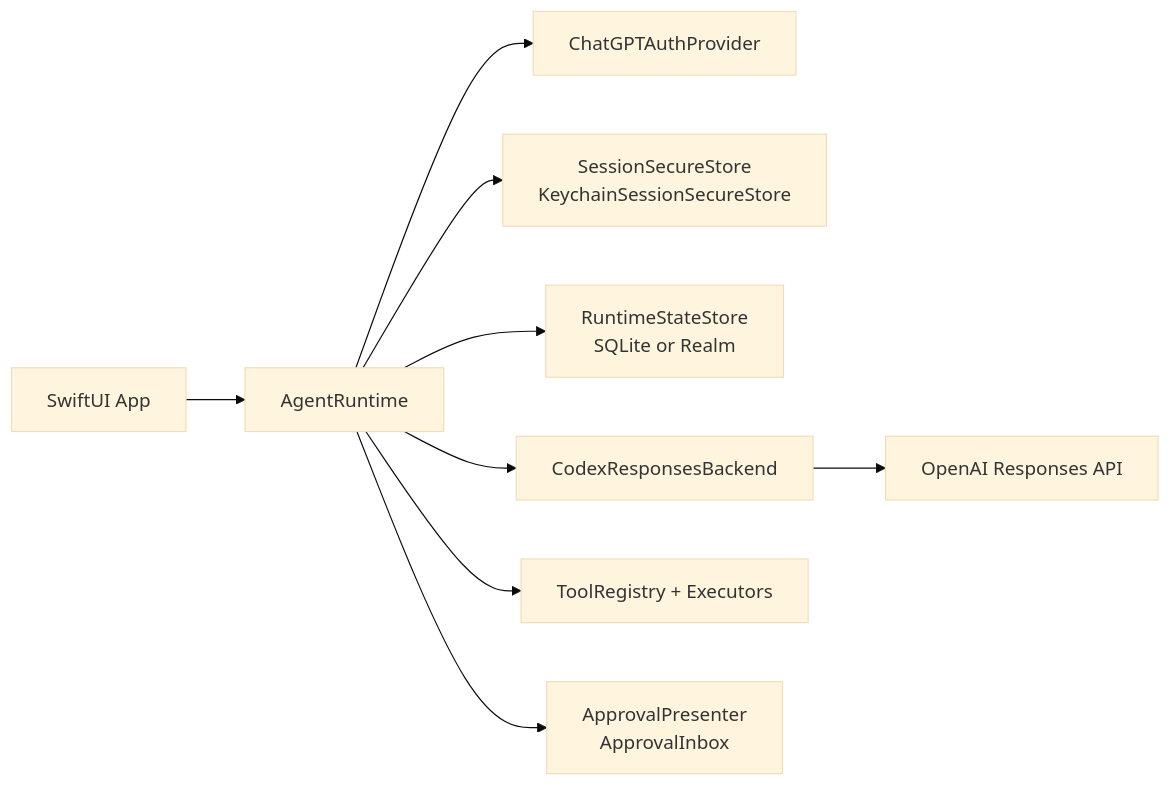
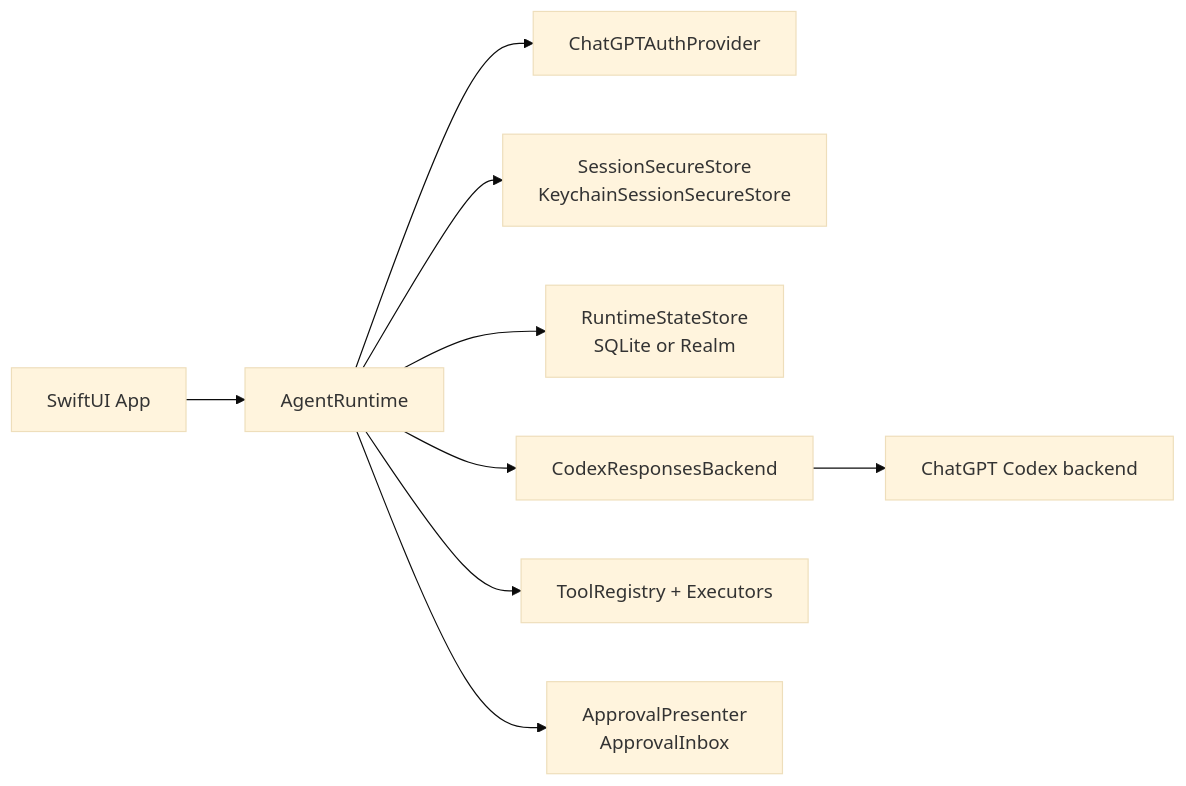
One commit to timazed/CodexKit changed the diagram in docs/index.md. Above: the diagram before and after it, drawn with Mermaid (base theme). The commit also changed other lines of this file and 15 other files, not shown here.

````diff
--- a/docs/index.md
+++ b/docs/index.md
@@ -111,11 +118,11 @@
 ```mermaid
 flowchart LR
     A["SwiftUI App"] --> B["AgentRuntime"]
     B --> C["ChatGPTAuthProvider"]
     B --> D["SessionSecureStore<br/>KeychainSessionSecureStore"]
     B --> E["RuntimeStateStore<br/>SQLite or Realm"]
     B --> F["CodexResponsesBackend"]
     B --> G["ToolRegistry + Executors"]
     B --> H["ApprovalPresenter<br/>ApprovalInbox"]
-    F --> I["OpenAI Responses API"]
+    F --> I["ChatGPT Codex backend"]
 ```
````
